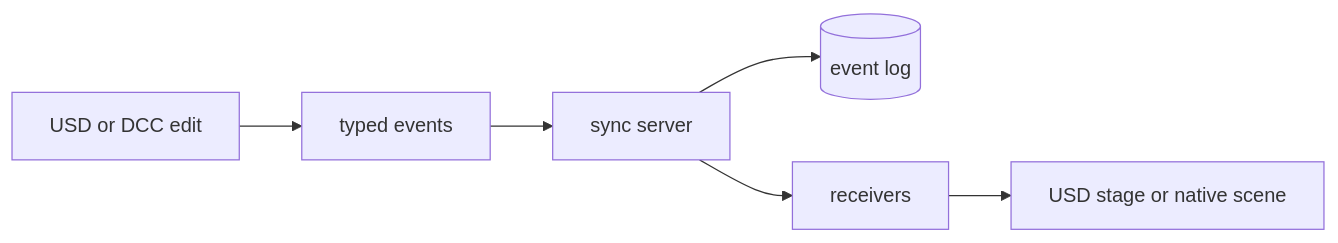
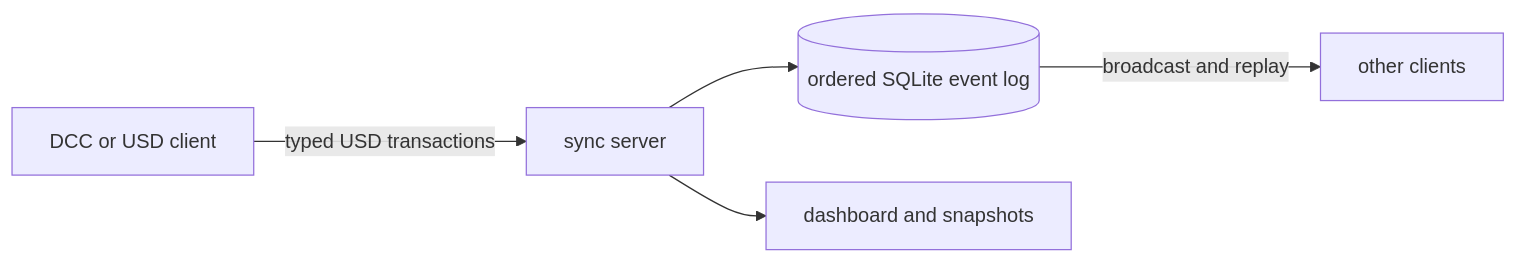
Before and after one commit to RoboticHuman/OpenUSDConnect: the diagram in README.md, drawn with Mermaid. The commit also changed other lines of this file and 1 other file, not shown here.

First line of the commit message:
docs(readme): streamline onboarding and showcase cross-app sync

````diff
--- a/README.md
+++ b/README.md
@@ -14,8 +173,7 @@
 ```mermaid
 flowchart LR
-    A["USD or DCC edit"] --> E["typed events"]
-    E --> S["sync server"]
-    S --> L[("event log")]
-    S --> R["receivers"]
-    R --> U["USD stage or native scene"]
+    A["DCC or USD client"] -- "typed USD transactions" --> S["sync server"]
+    S --> L[("ordered SQLite event log")]
+    L -- "broadcast and replay" --> R["other clients"]
+    S --> D["dashboard and snapshots"]
 ```
````
